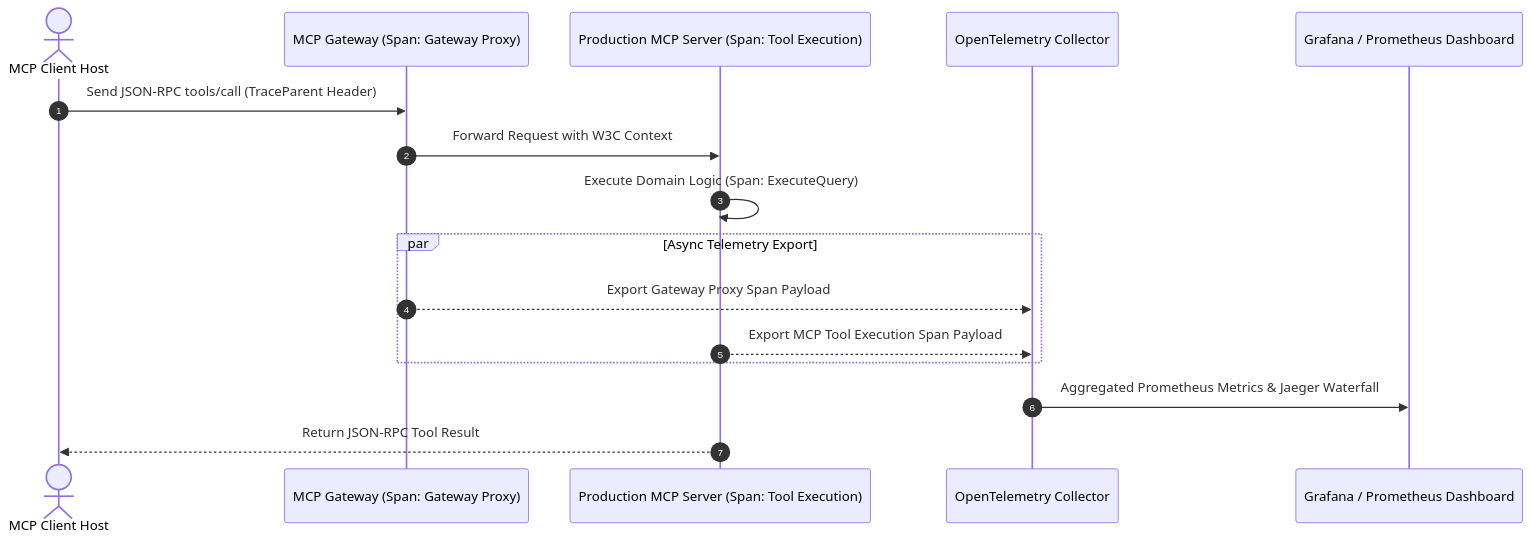
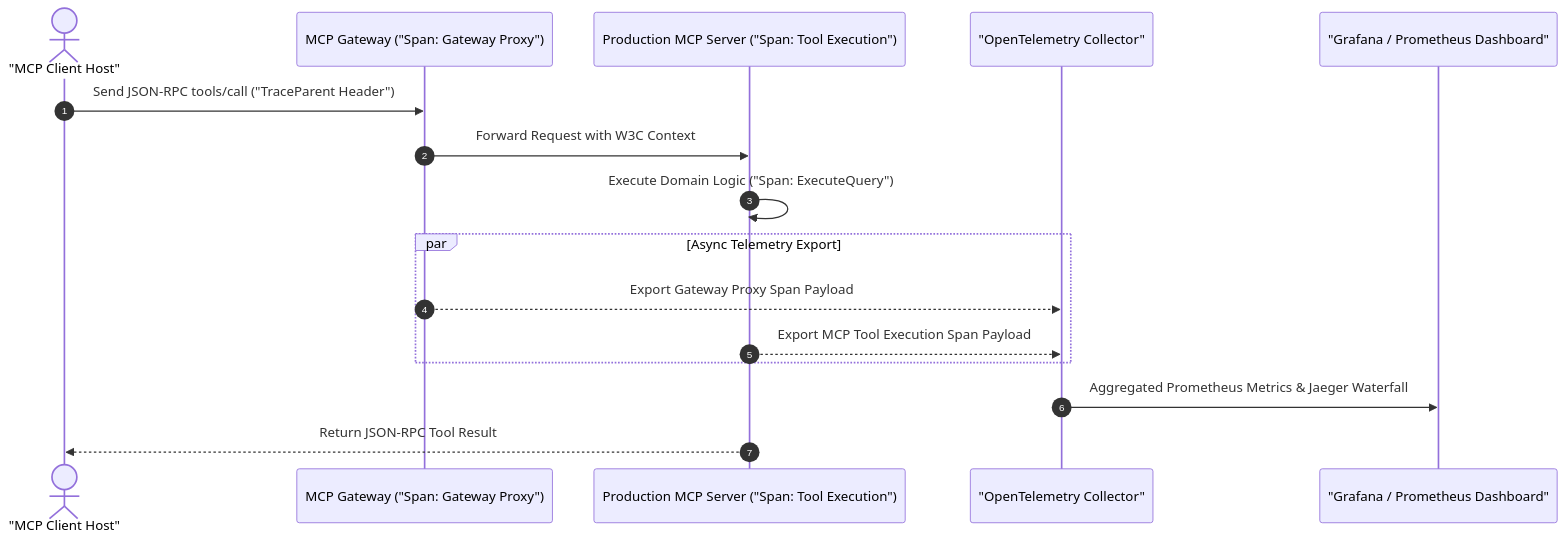
The diagram in content/series/mcp-engineering-in-production/part-6-observability.md (vesviet/vesviet), drawn with Mermaid before and after one commit. The commit also changed other lines of this file and 331 other files, not shown here.

````diff
--- a/content/series/mcp-engineering-in-production/part-6-observability.md
+++ b/content/series/mcp-engineering-in-production/part-6-observability.md
@@ -45,22 +48,22 @@
 ```mermaid
 sequenceDiagram
     autonumber
-    actor Host as MCP Client Host
-    participant Gateway as MCP Gateway (Span: Gateway Proxy)
-    participant Server as Production MCP Server (Span: Tool Execution)
-    participant OTel as OpenTelemetry Collector
-    participant Grafana as Grafana / Prometheus Dashboard
+    actor Host as "MCP Client Host"
+    participant Gateway as MCP Gateway ("Span: Gateway Proxy")
+    participant Server as Production MCP Server ("Span: Tool Execution")
+    participant OTel as "OpenTelemetry Collector"
+    participant Grafana as "Grafana / Prometheus Dashboard"
 
-    Host->>Gateway: Send JSON-RPC tools/call (TraceParent Header)
+    Host->>Gateway: Send JSON-RPC tools/call ("TraceParent Header")
     Gateway->>Server: Forward Request with W3C Context
     
-    Server->>Server: Execute Domain Logic (Span: ExecuteQuery)
+    Server->>Server: Execute Domain Logic ("Span: ExecuteQuery")
     
     par Async Telemetry Export
         Gateway-->>OTel: Export Gateway Proxy Span Payload
         Server-->>OTel: Export MCP Tool Execution Span Payload
     end
 
     OTel->>Grafana: Aggregated Prometheus Metrics & Jaeger Waterfall
     Server-->>Host: Return JSON-RPC Tool Result
 ```
````
